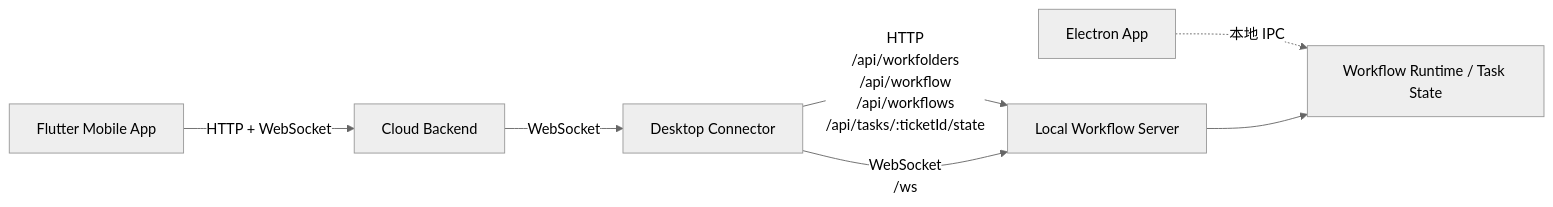
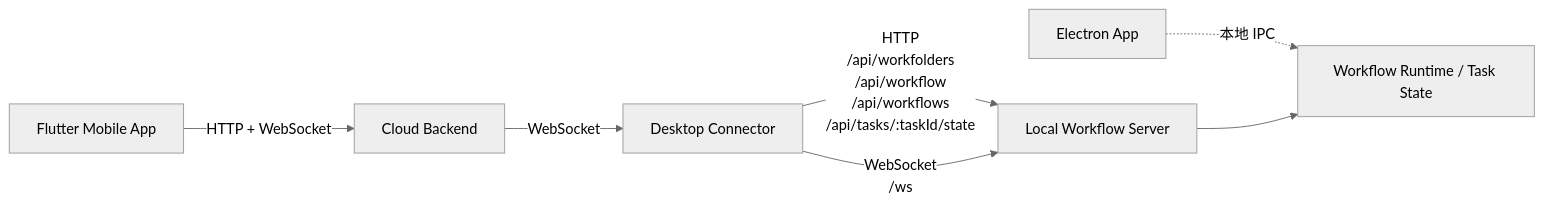
One commit to hileix/dev-workflow changed the second of 4 diagrams in docs/current-mobile-backend-desktop-communication.zh.md. Above: the diagram before and after it, drawn with Mermaid (neutral theme). The commit also changed other lines of this file and 43 other files, not shown here.

````diff
--- a/docs/current-mobile-backend-desktop-communication.zh.md
+++ b/docs/current-mobile-backend-desktop-communication.zh.md
@@ -36,16 +36,16 @@
 ```mermaid
 flowchart LR
     M[Flutter Mobile App]
     B[Cloud Backend]
     D[Desktop Connector]
     S[Local Workflow Server]
     E[Electron App]
     R[Workflow Runtime / Task State]
 
     M -->|HTTP + WebSocket| B
     B -->|WebSocket| D
-    D -->|HTTP\n/api/workfolders\n/api/workflow\n/api/workflows\n/api/tasks/:ticketId/state| S
+    D -->|HTTP\n/api/workfolders\n/api/workflow\n/api/workflows\n/api/tasks/:taskId/state| S
     D -->|WebSocket\n/ws| S
     E -. "本地 IPC" .-> R
     S --> R
 ```
````
